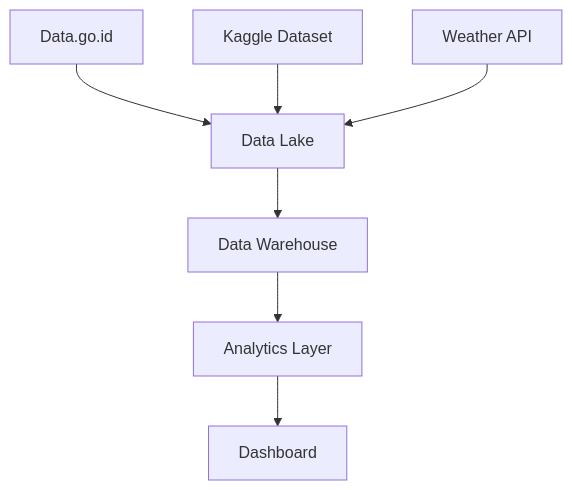
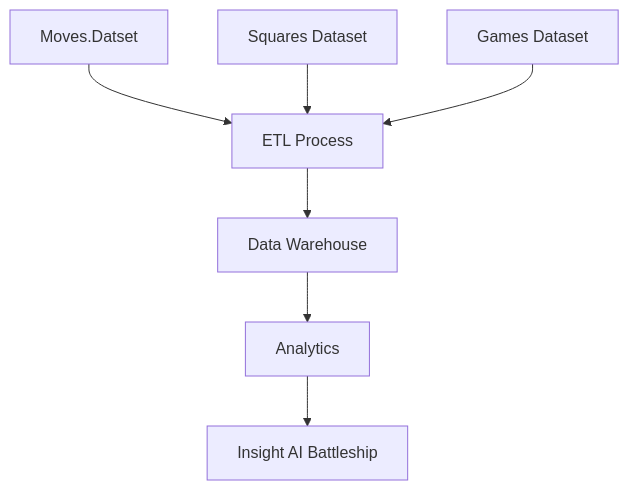
One commit to 020206/Project-AI-Battleship changed the diagram in readme.md. Above: the diagram before and after it, drawn with Mermaid. The commit also changed other lines of this file, not shown here.

````diff
--- a/readme.md
+++ b/readme.md
@@ -155,9 +155,9 @@
 ```mermaid
 graph TD
-    A[Data.go.id] --> D[Data Lake]
-    B[Kaggle Dataset] --> D
-    C[Weather API] --> D
+    A[Moves.Datset] --> D[ETL Process]
+    B[Squares Dataset] --> D
+    C[Games Dataset] --> D
     D --> E[Data Warehouse]
-    E --> F[Analytics Layer]
-    F --> G[Dashboard]
+    E --> F[Analytics]
+    F --> G[Insight AI Battleship]
 ```
````
